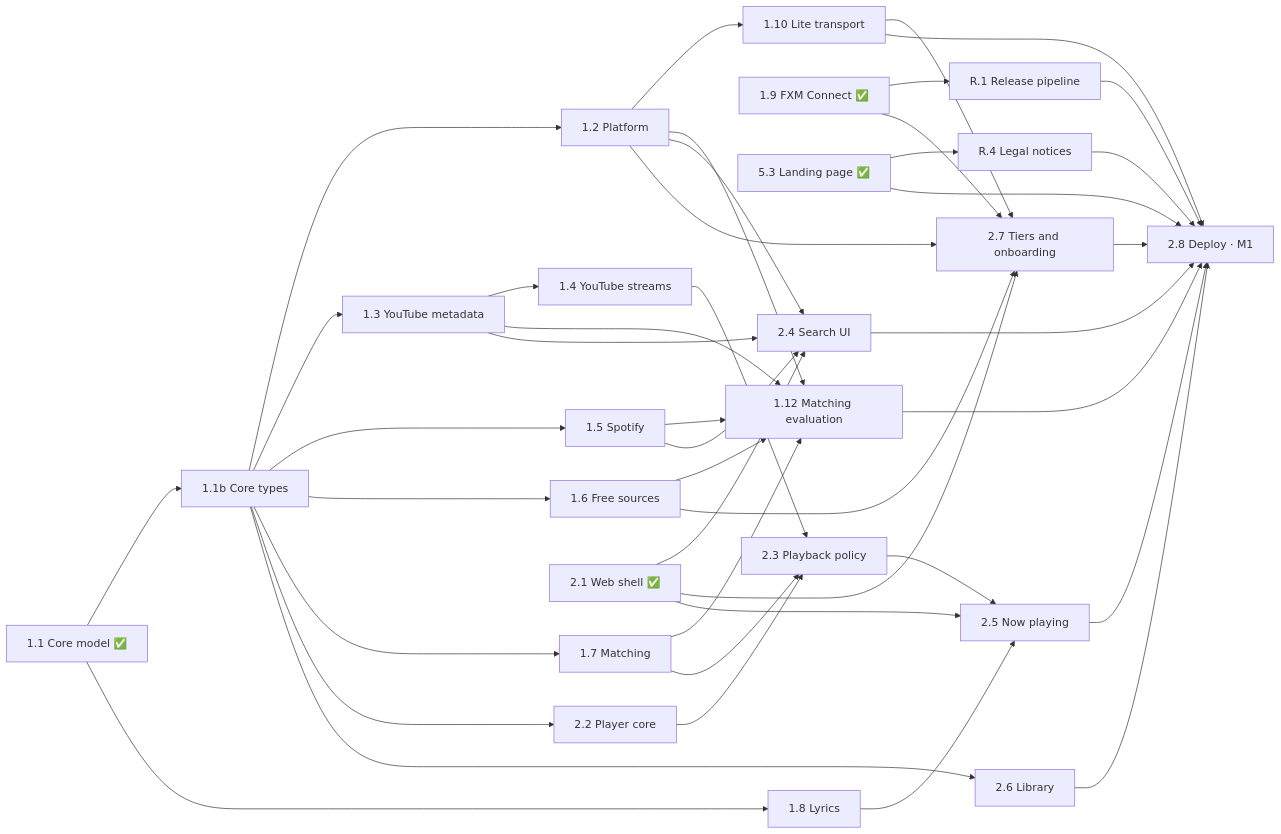
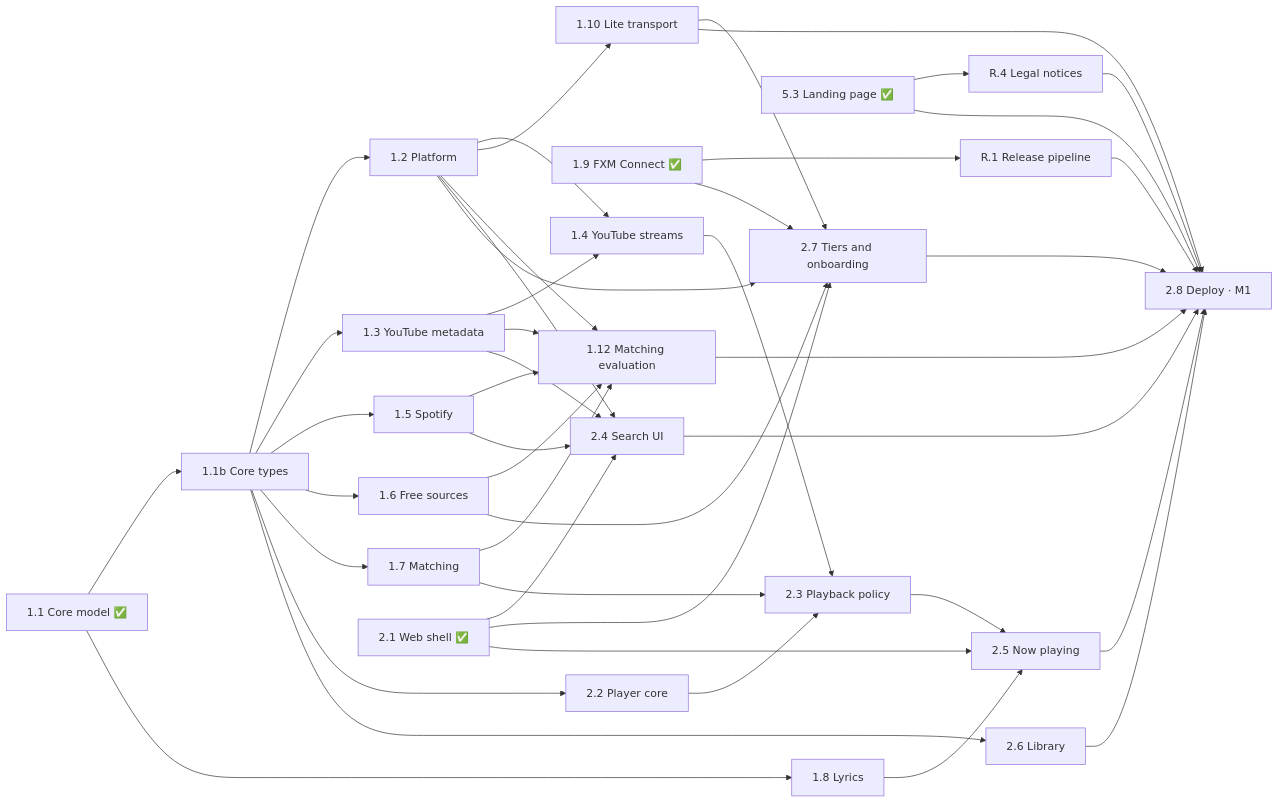
The diagram in docs/PLAN.md (Pratyay-ops/FXM), drawn with Mermaid before and after one commit. The commit also changed other lines of this file and 1 other file, not shown here.

````diff
--- a/docs/PLAN.md
+++ b/docs/PLAN.md
@@ -63,15 +63,15 @@
 ```mermaid
 flowchart LR
   s11["1.1 Core model ✅"] --> s11b["1.1b Core types"] & s18["1.8 Lyrics"]
   s11b --> s12["1.2 Platform"] & s13["1.3 YouTube metadata"] & s15["1.5 Spotify"] & s16["1.6 Free sources"] & s17["1.7 Matching"] & s22["2.2 Player core"] & s26["2.6 Library"]
   s19["1.9 FXM Connect ✅"] --> sR1["R.1 Release pipeline"]
   s53["5.3 Landing page ✅"] --> sR4["R.4 Legal notices"]
-  s13 --> s14["1.4 YouTube streams"]
+  s12 & s13 --> s14["1.4 YouTube streams"]
   s12 --> s110["1.10 Lite transport"]
   s12 & s13 & s15 & s16 & s17 --> s112["1.12 Matching evaluation"]
   s21["2.1 Web shell ✅"] & s12 & s13 & s15 --> s24["2.4 Search UI"]
   s21 & s12 & s16 & s19 & s110 --> s27["2.7 Tiers and onboarding"]
   s22 & s14 & s17 --> s23["2.3 Playback policy"]
   s21 & s23 & s18 --> s25["2.5 Now playing"]
   s24 & s25 & s26 & s27 & s53 & sR1 & sR4 & s110 & s112 --> s28["2.8 Deploy · M1"]
 ```
````
